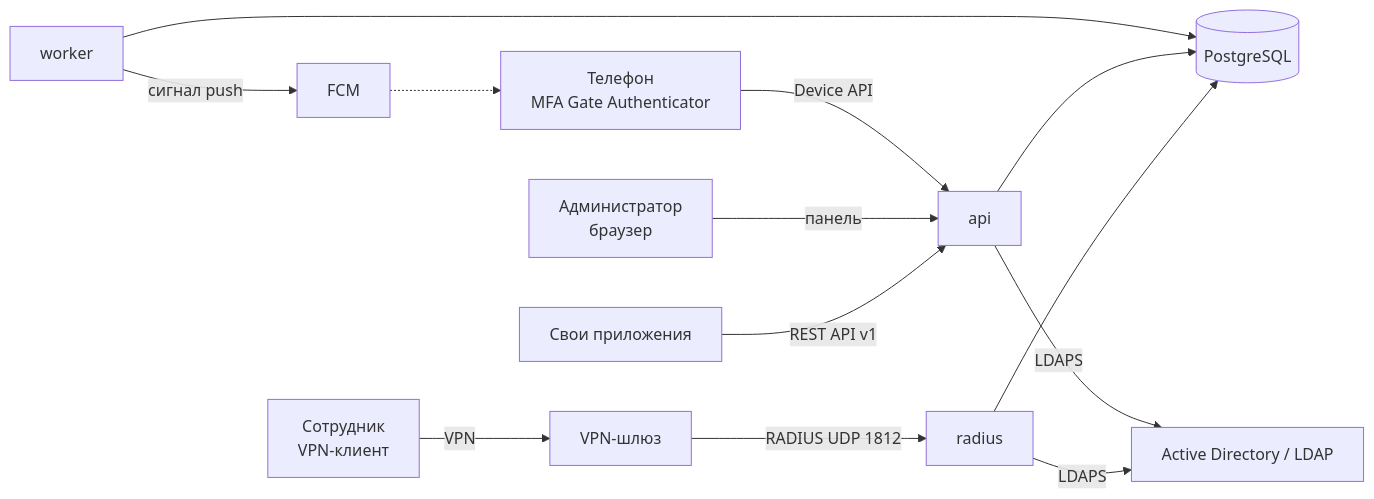
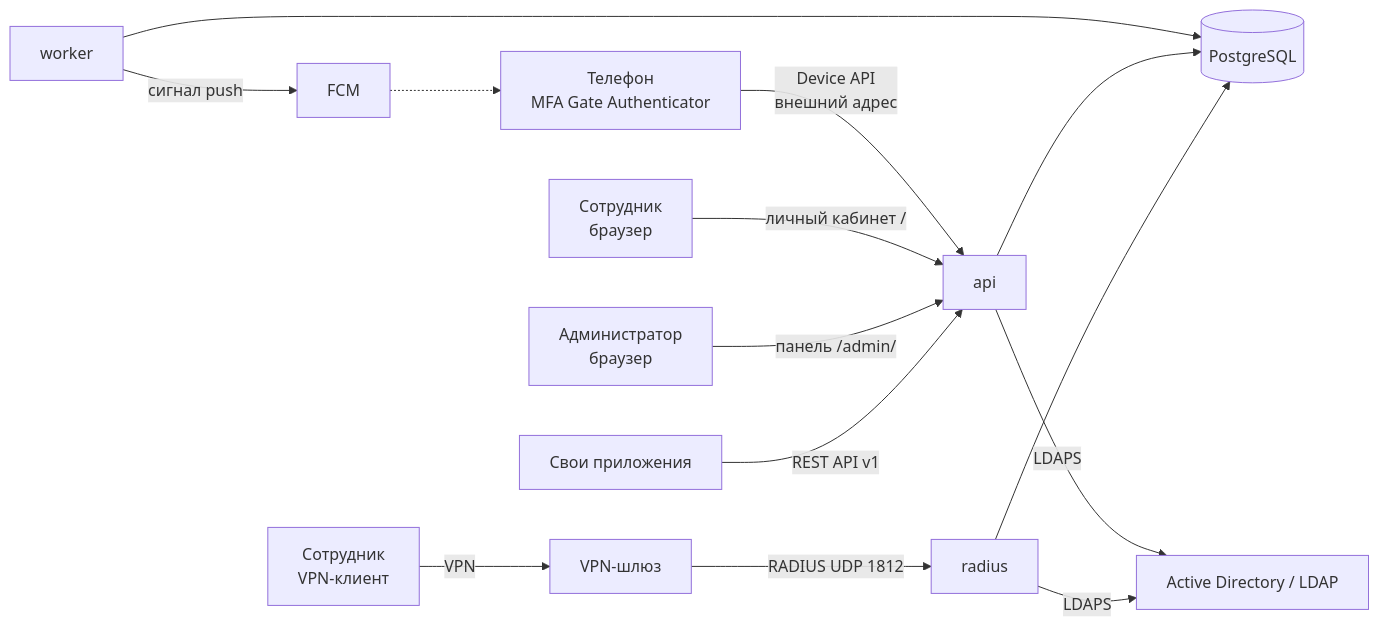
Before and after one commit to calleograph/mfa-gate: the diagram in wiki/Архитектура.md, drawn with Mermaid. The commit also changed other lines of this file and 84 other files, not shown here.

First line of the commit message:
MFA Gate 0.3.0: личный кабинет сотрудника, внешний адрес телефонов, профиль Ideco

````diff
--- a/wiki/Архитектура.md
+++ b/wiki/Архитектура.md
@@ -5,15 +5,16 @@
 ```mermaid
 flowchart LR
     U[Сотрудник<br/>VPN-клиент] -->|VPN| GW[VPN-шлюз]
     GW -->|RADIUS UDP 1812| R[radius]
     APP[Свои приложения] -->|REST API v1| A[api]
-    ADM[Администратор<br/>браузер] -->|панель| A
-    PH[Телефон<br/>MFA Gate Authenticator] -->|Device API| A
+    ADM[Администратор<br/>браузер] -->|панель /admin/| A
+    EMP[Сотрудник<br/>браузер] -->|личный кабинет /| A
+    PH[Телефон<br/>MFA Gate Authenticator] -->|Device API<br/>внешний адрес| A
     R --> DB[(PostgreSQL)]
     A --> DB
     W[worker] --> DB
     W -->|сигнал push| FCM[FCM]
     FCM -.-> PH
     R -->|LDAPS| AD[Active Directory / LDAP]
     A -->|LDAPS| AD
 ```
````
